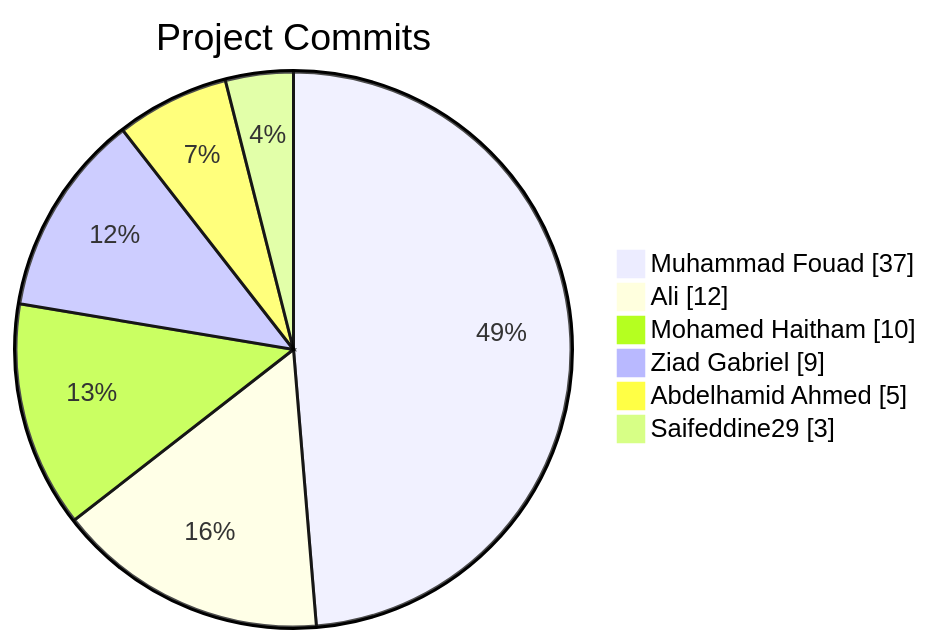
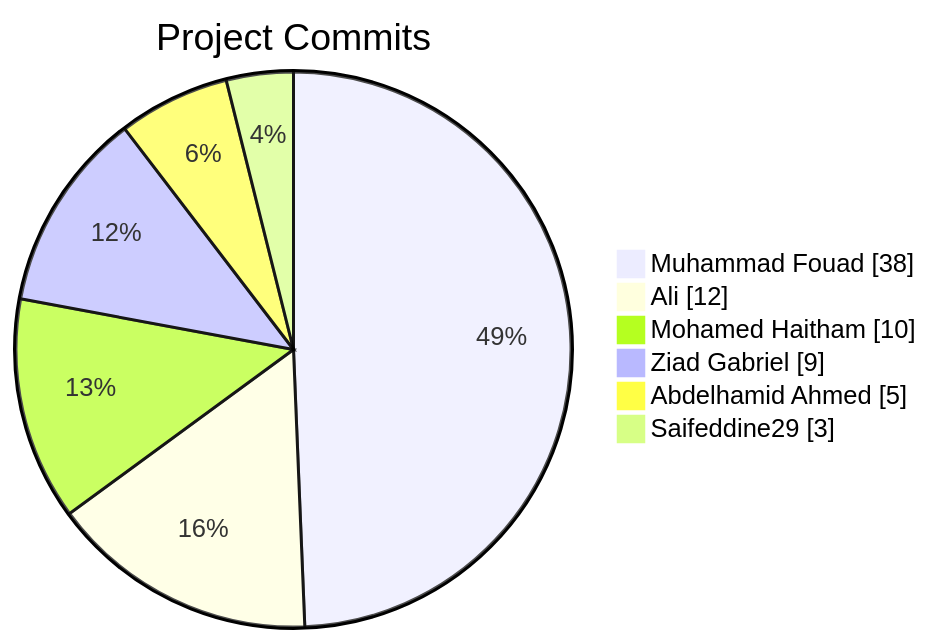
The diagram in README.md (Abdelhamid-El-rashidy/Library_System), drawn with Mermaid before and after one commit.

Commit message:
docs: update contributor stats [skip ci]

````diff
--- a/README.md
+++ b/README.md
@@ -6,10 +6,10 @@
 ```mermaid
 pie showData
     title Project Commits
-    "Muhammad Fouad" : 37
+    "Muhammad Fouad" : 38
     "Ali" : 12
     "Mohamed Haitham" : 10
     "Ziad Gabriel" : 9
     "Abdelhamid Ahmed" : 5
     "Saifeddine29" : 3
 ```
````
